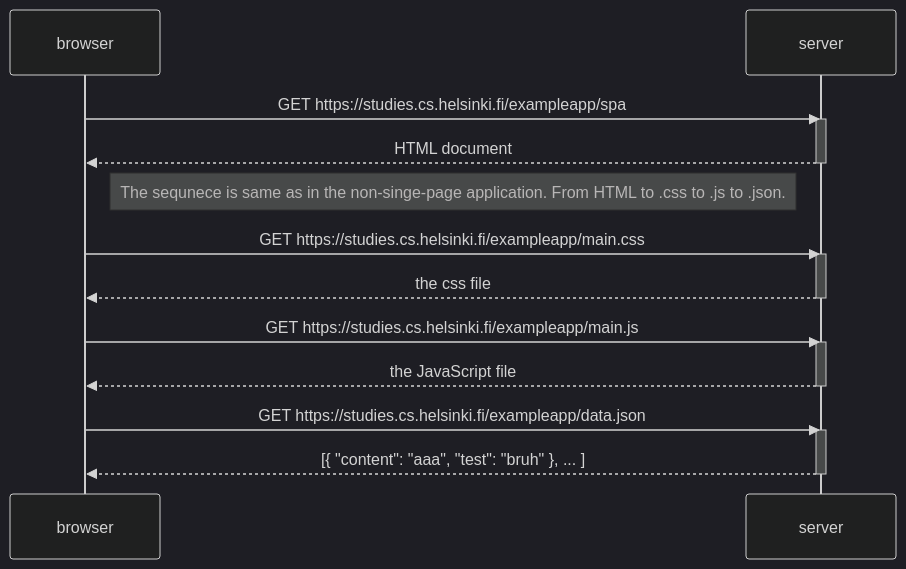
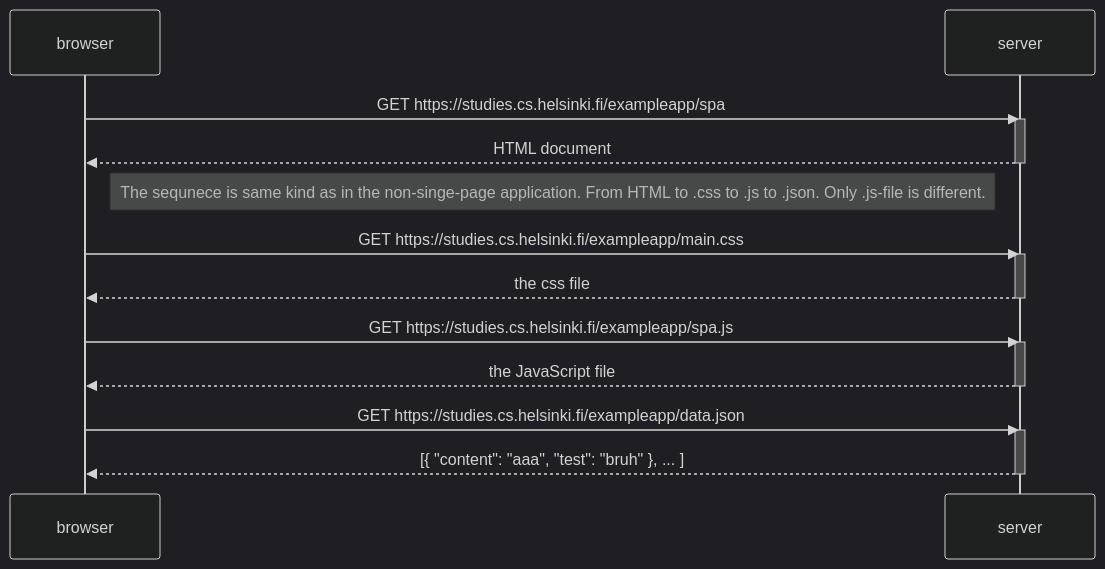
The diagram in osa0/0.5: Single Page App.md (jussiiih/Full-Stack-Open), drawn with Mermaid (dark theme) before and after one commit.

Commit message:
Update 0.5: Single Page App.md

````diff
--- a/osa0/0.5: Single Page App.md
+++ b/osa0/0.5: Single Page App.md
@@ -1,27 +1,27 @@
 ```mermaid
 sequenceDiagram
     participant browser
     participant server
 
     browser->>server: GET https://studies.cs.helsinki.fi/exampleapp/spa
     activate server
     server-->>browser: HTML document
     deactivate server
     
-    Note right of browser: The sequnece is same as in the non-singe-page application. From HTML to .css to .js to .json. 
+    Note right of browser: The sequnece is same kind as in the non-singe-page application. From HTML to .css to .js to .json. Only .js-file is different. 
     
     browser->>server: GET https://studies.cs.helsinki.fi/exampleapp/main.css
     activate server
     server-->>browser: the css file
     deactivate server
     
-    browser->>server: GET https://studies.cs.helsinki.fi/exampleapp/main.js
+    browser->>server: GET https://studies.cs.helsinki.fi/exampleapp/spa.js
     activate server
     server-->>browser: the JavaScript file
     deactivate server
   
     browser->>server: GET https://studies.cs.helsinki.fi/exampleapp/data.json
     activate server
     server-->>browser: [{ "content": "aaa", "test": "bruh" }, ... ]
     deactivate server
 ```
````
